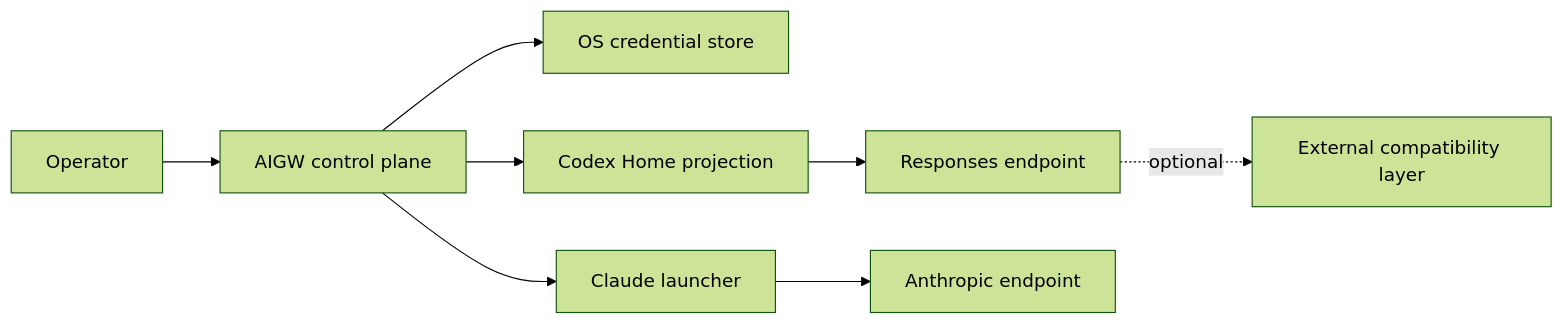
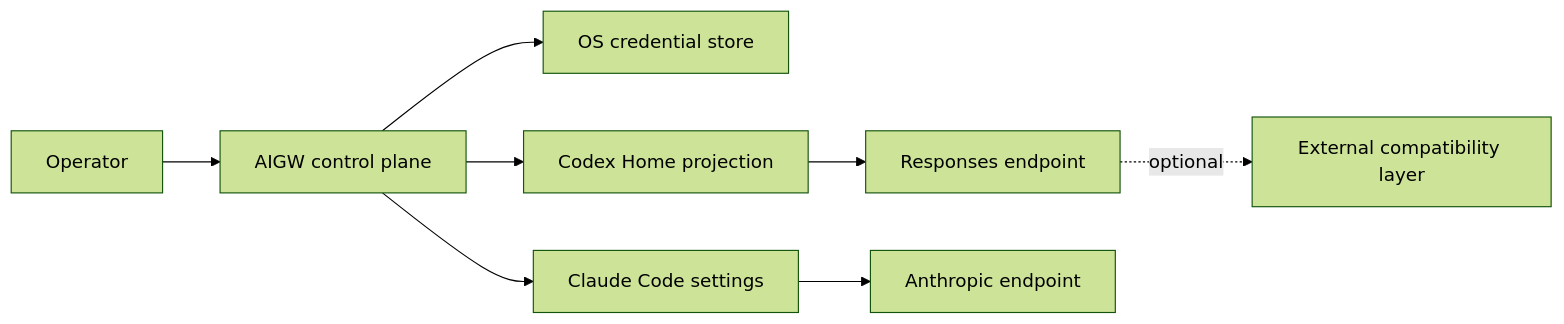
Before and after one commit to HengYangDS/aigw-cli: the first of 2 diagrams in docs/architecture/authority-and-projection-boundary.md, drawn with Mermaid (forest theme). The commit also changed other lines of this file and 256 other files, not shown here.

````diff
--- a/docs/architecture/authority-and-projection-boundary.md
+++ b/docs/architecture/authority-and-projection-boundary.md
@@ -8,10 +8,10 @@
 ```mermaid
 flowchart LR
     O["Operator"] --> A["AIGW control plane"]
     A --> K["OS credential store"]
     A --> C["Codex Home projection"]
-    A --> L["Claude launcher"]
+    A --> L["Claude Code settings"]
     C --> R["Responses endpoint"]
     L --> H["Anthropic endpoint"]
     R -. optional .-> P["External compatibility layer"]
 ```
````
